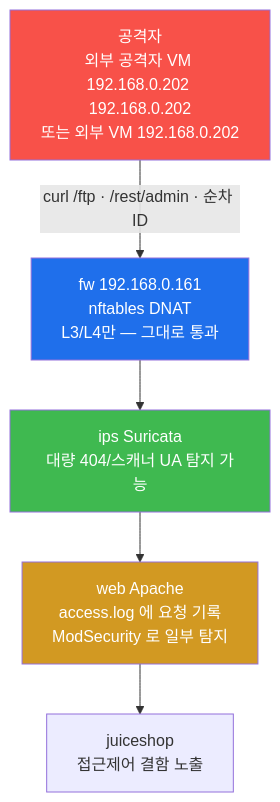
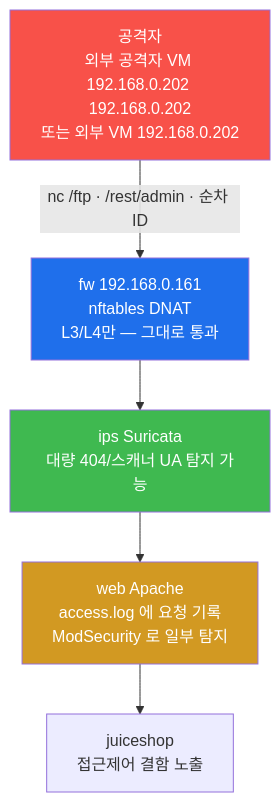
Before and after one commit to mrgrit/tw2: the second of 3 diagrams in contents/training/attack/lecture_week06.md, drawn with Mermaid. The commit also changed other lines of this file and 10 other files, not shown here.

````diff
--- a/contents/training/attack/lecture_week06.md
+++ b/contents/training/attack/lecture_week06.md
@@ -123,12 +123,12 @@
 ```mermaid
 graph TD
     ATK["공격자<br/>외부 공격자 VM 192.168.0.202 192.168.0.202<br/>또는 외부 VM 192.168.0.202"]
-    ATK -->|"curl /ftp · /rest/admin · 순차 ID"| FW["fw 192.168.0.161<br/>nftables DNAT<br/>L3/L4만 — 그대로 통과"]
+    ATK -->|"nc /ftp · /rest/admin · 순차 ID"| FW["fw 192.168.0.161<br/>nftables DNAT<br/>L3/L4만 — 그대로 통과"]
     FW --> IPS["ips Suricata<br/>대량 404/스캐너 UA 탐지 가능"]
     IPS --> WEB["web Apache<br/>access.log 에 요청 기록<br/>ModSecurity 로 일부 탐지"]
     WEB --> JUICE["juiceshop<br/>접근제어 결함 노출"]
     style ATK fill:#f85149,color:#fff
     style FW fill:#1f6feb,color:#fff
     style IPS fill:#3fb950,color:#fff
     style WEB fill:#d29922,color:#fff
 ```
````
